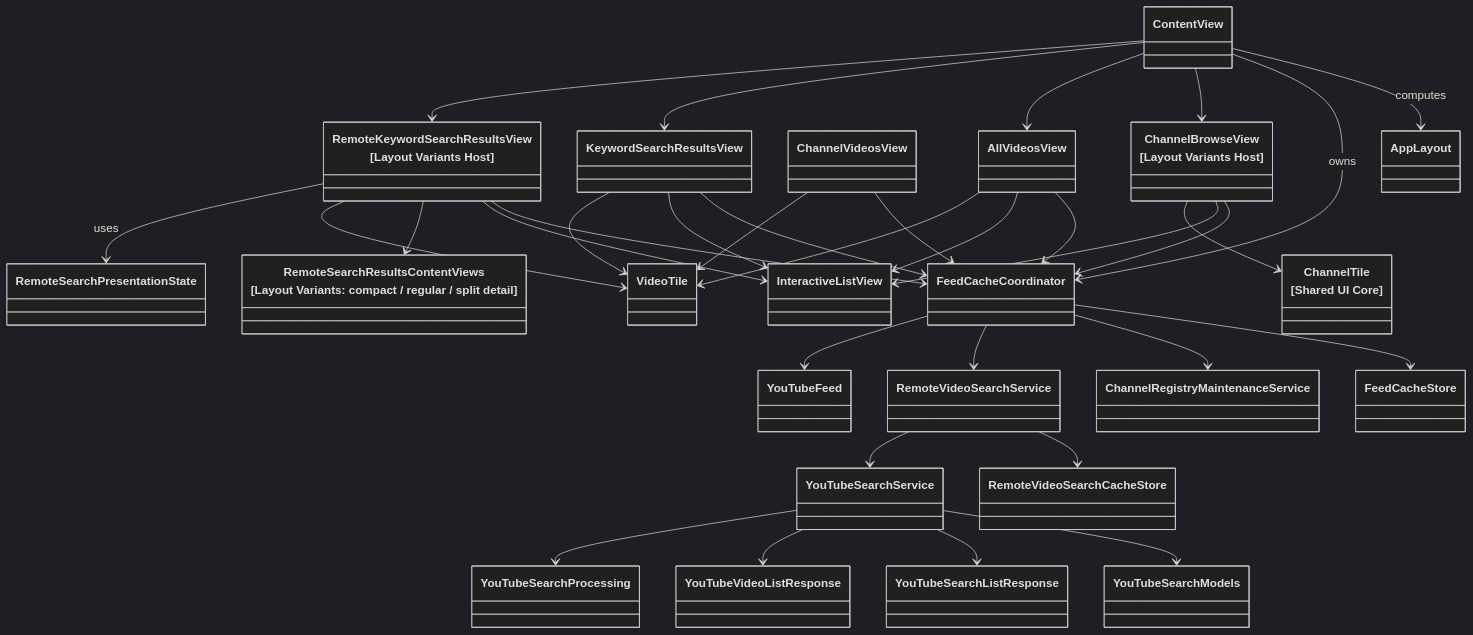
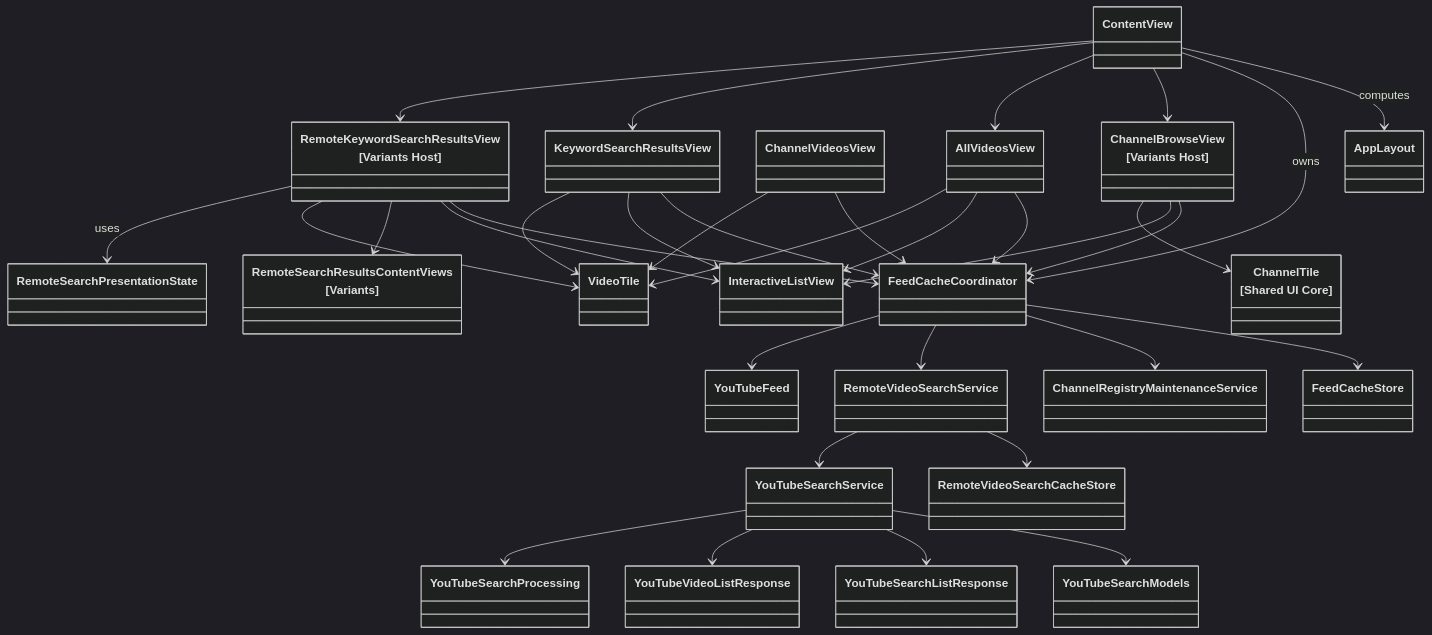
One commit to horikuma/YoutubeFeeder changed the second of 4 diagrams in docs/human-view/design-overview.md. Above: the diagram before and after it, drawn with Mermaid (dark theme). The commit also changed other lines of this file and 3 other files, not shown here.

````diff
--- a/docs/human-view/design-overview.md
+++ b/docs/human-view/design-overview.md
@@ -21,63 +21,63 @@
 ```mermaid
 classDiagram
     class ContentView
     class AppLayout
     class FeedCacheCoordinator
-    class ChannelBrowseView["ChannelBrowseView<br/>[Layout Variants Host]"]
+    class ChannelBrowseView["ChannelBrowseView<br/>[Variants Host]"]
     class ChannelVideosView
     class AllVideosView
     class KeywordSearchResultsView
-    class RemoteKeywordSearchResultsView["RemoteKeywordSearchResultsView<br/>[Layout Variants Host]"]
-    class RemoteSearchResultsContentViews["RemoteSearchResultsContentViews<br/>[Layout Variants: compact / regular / split detail]"]
+    class RemoteKeywordSearchResultsView["RemoteKeywordSearchResultsView<br/>[Variants Host]"]
+    class RemoteSearchResultsContentViews["RemoteSearchResultsContentViews<br/>[Variants]"]
     class InteractiveListView
     class ChannelTile["ChannelTile<br/>[Shared UI Core]"]
     class VideoTile
     class FeedCacheStore
     class ChannelRegistryMaintenanceService
     class RemoteVideoSearchService
     class RemoteVideoSearchCacheStore
     class YouTubeFeed
     class YouTubeSearchService
     class YouTubeSearchModels
     class YouTubeSearchListResponse
     class YouTubeVideoListResponse
     class YouTubeSearchProcessing
     class RemoteSearchPresentationState
 
     ContentView --> AppLayout : computes
     ContentView --> FeedCacheCoordinator : owns
     ContentView --> ChannelBrowseView
     ContentView --> AllVideosView
     ContentView --> KeywordSearchResultsView
     ContentView --> RemoteKeywordSearchResultsView
 
     ChannelBrowseView --> FeedCacheCoordinator
     ChannelVideosView --> FeedCacheCoordinator
     AllVideosView --> FeedCacheCoordinator
     KeywordSearchResultsView --> FeedCacheCoordinator
     RemoteKeywordSearchResultsView --> FeedCacheCoordinator
 
     ChannelBrowseView --> InteractiveListView
     RemoteKeywordSearchResultsView --> InteractiveListView
     RemoteKeywordSearchResultsView --> RemoteSearchResultsContentViews
     AllVideosView --> InteractiveListView
     KeywordSearchResultsView --> InteractiveListView
     ChannelVideosView --> VideoTile
     AllVideosView --> VideoTile
     KeywordSearchResultsView --> VideoTile
     RemoteKeywordSearchResultsView --> VideoTile
     ChannelBrowseView --> ChannelTile
 
     FeedCacheCoordinator --> FeedCacheStore
     FeedCacheCoordinator --> ChannelRegistryMaintenanceService
     FeedCacheCoordinator --> RemoteVideoSearchService
     RemoteVideoSearchService --> RemoteVideoSearchCacheStore
     RemoteVideoSearchService --> YouTubeSearchService
     FeedCacheCoordinator --> YouTubeFeed
     YouTubeSearchService --> YouTubeSearchModels
     YouTubeSearchService --> YouTubeSearchListResponse
     YouTubeSearchService --> YouTubeVideoListResponse
     YouTubeSearchService --> YouTubeSearchProcessing
 
     RemoteKeywordSearchResultsView --> RemoteSearchPresentationState : uses
 ```
````
